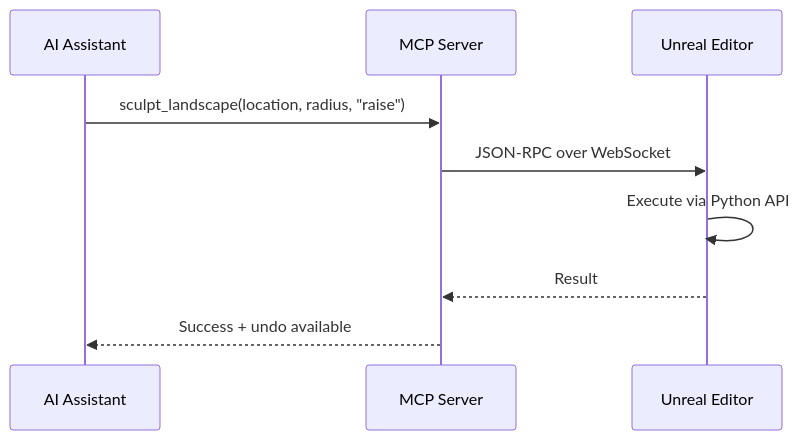
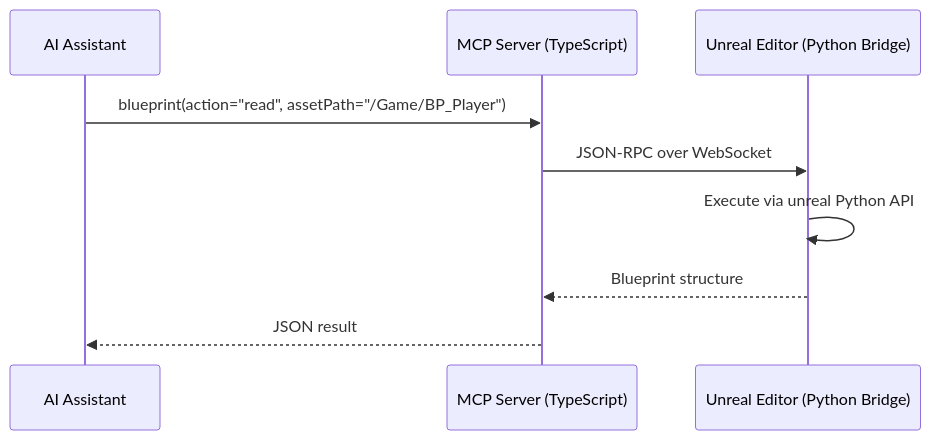
One commit to db-lyon/ue-mcp changed the first of 2 diagrams in README.md. Above: the diagram before and after it, drawn with Mermaid. The commit also changed other lines of this file, not shown here.

First line of the commit message:
Rewrite README for TypeScript server with collapsible tool sections

````diff
--- a/README.md
+++ b/README.md
@@ -26,12 +7,12 @@
 ```mermaid
 sequenceDiagram
     participant AI as AI Assistant
-    participant MCP as MCP Server
-    participant Editor as Unreal Editor
+    participant MCP as MCP Server (TypeScript)
+    participant Editor as Unreal Editor (Python Bridge)
 
-    AI->>MCP: sculpt_landscape(location, radius, "raise")
+    AI->>MCP: blueprint(action="read", assetPath="/Game/BP_Player")
     MCP->>Editor: JSON-RPC over WebSocket
-    Editor->>Editor: Execute via Python API
-    Editor-->>MCP: Result
-    MCP-->>AI: Success + undo available
+    Editor->>Editor: Execute via unreal Python API
+    Editor-->>MCP: Blueprint structure
+    MCP-->>AI: JSON result
 ```
````
